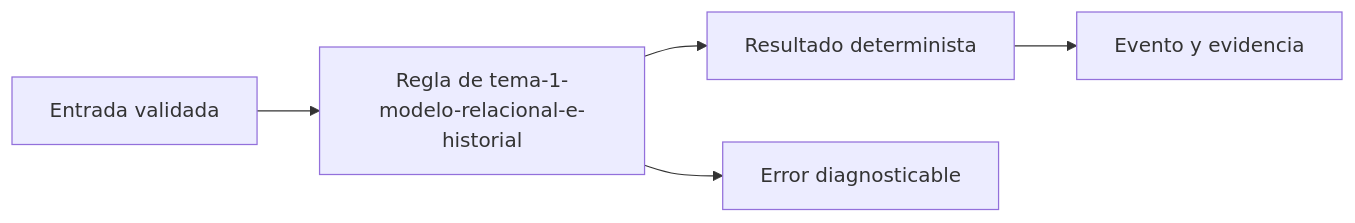
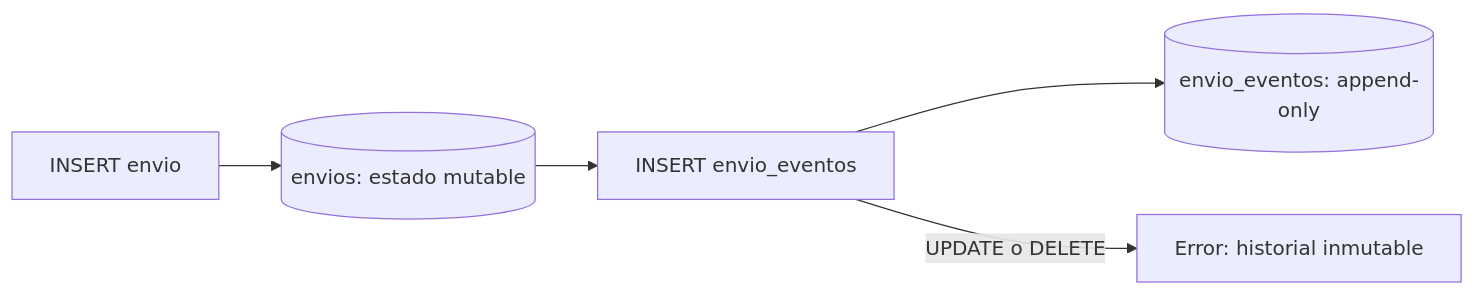
The second of 6 diagrams in web/public/content/rutaflow/modulo-1.md (NICORUIZ93/Academia_Floci), drawn with Mermaid before and after one commit. The commit also changed other lines of this file and 56 other files, not shown here.

````diff
--- a/web/public/content/rutaflow/modulo-1.md
+++ b/web/public/content/rutaflow/modulo-1.md
@@ -44,7 +44,7 @@
 ```mermaid
 flowchart LR
-  A[Entrada validada] --> B[Regla de tema-1-modelo-relacional-e-historial]
-  B --> C[Resultado determinista]
-  C --> D[Evento y evidencia]
-  B --> E[Error diagnosticable]
+  A[INSERT envio] --> B[(envios: estado mutable)]
+  B --> C[INSERT envio_eventos]
+  C --> D[(envio_eventos: append-only)]
+  C -->|UPDATE o DELETE| E[Error: historial inmutable]
 ```
````
